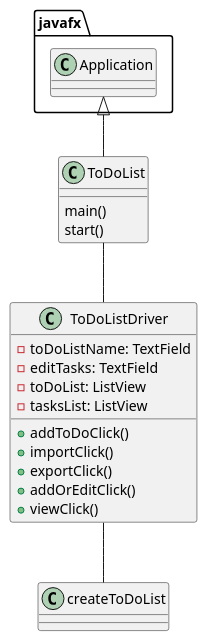
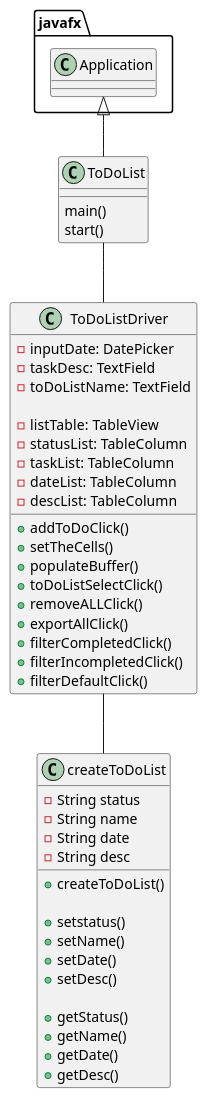
Before and after one commit to fshofiquel/ToDoList: the diagram in uml/ToDoList.puml, drawn with PlantUML. The commit also changed 1 other file, not shown here.

First paragraph of the commit message:
Updated PlantUML
Todo:
[INCOMPLETE]The application shall manage a single list of items
[COMPLETE]The list shall have the capacity to store at least 100 unique items

```diff
--- a/uml/ToDoList.puml
+++ b/uml/ToDoList.puml
@@ -1,37 +1,64 @@
 @startuml
 'https://plantuml.com/class-diagram
 
 class ToDoList
 {
     main()
     start()
 }
 
 class ToDoListDriver
 {
+    ' Variables
+    - inputDate: DatePicker
+    - taskDesc: TextField
     - toDoListName: TextField
-    - editTasks: TextField
-    - toDoList: ListView
-    - tasksList: ListView
+
+    ' Table elements
+    - listTable: TableView
+    - statusList: TableColumn
+    - taskList: TableColumn
+    - dateList: TableColumn
+    - descList: TableColumn
 
 
     + addToDoClick()
-    + importClick()
-    + exportClick()
-    + addOrEditClick()
-    + viewClick()
+    + setTheCells()
+    + populateBuffer()
+    + toDoListSelectClick()
+    + removeALLClick()
+    + exportAllClick()
+    + filterCompletedClick()
+    + filterIncompletedClick()
+    + filterDefaultClick()
 }
 
 class createToDoList
 {
+    - String status
+    - String name
+    - String date
+    - String desc
+
+    + createToDoList()
+
+    + setstatus()
+    + setName()
+    + setDate()
+    + setDesc()
+
+    + getStatus()
+    + getName()
+    + getDate()
+    + getDesc()
 }
 
 
 javafx.Application <|-- ToDoList
 
 ToDoList -- ToDoListDriver
 ToDoListDriver -- createToDoList
 
 
 
 @enduml
```
